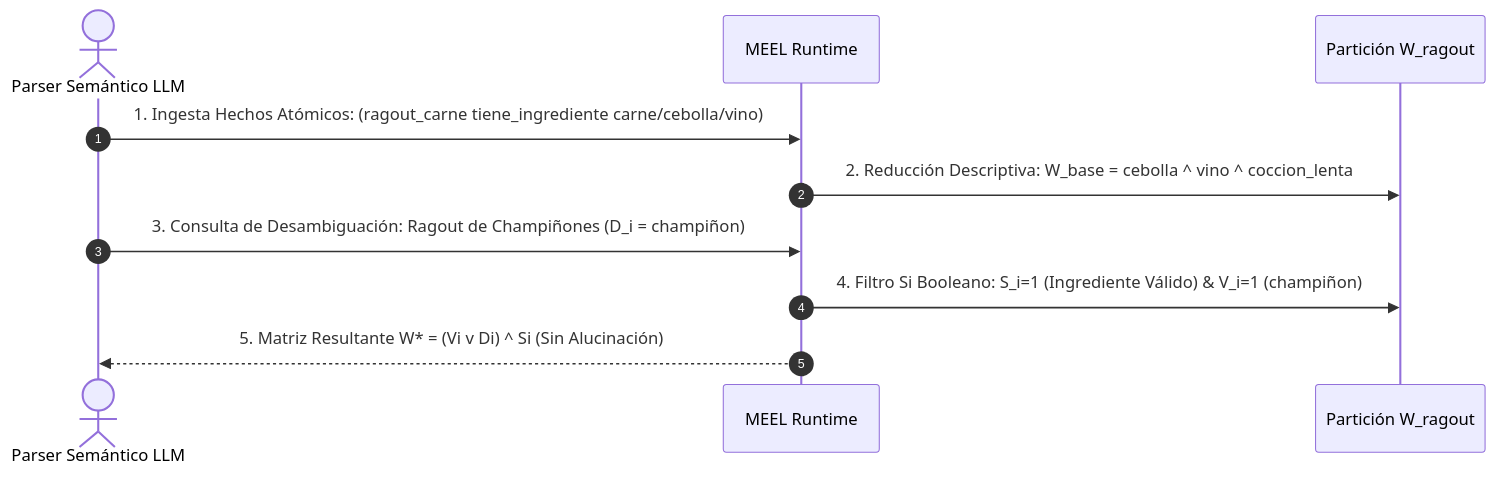
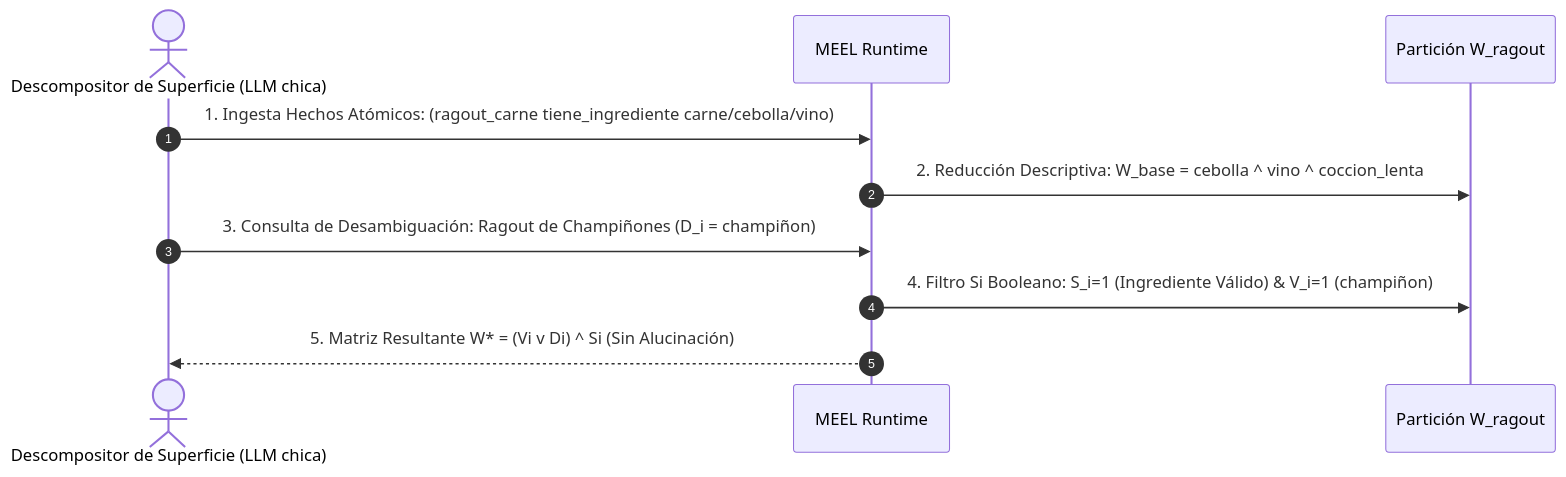
Before and after one commit to jpcosec/matrix-paper: the diagram in TractatusKnowledgeMachine/atoms/Aplicaciones/Dominio_Culinario/Demostracion_Dominio_Culinario_Ragout.md, drawn with Mermaid. The commit also changed other lines of this file and 9 other files, not shown here.

Commit message:
fix(atoms): alinea 10 atomos al pipeline corregido por autor - 4 etapas (descomposicion forma estandar con LLM chica -> candidatos -> sense check 2 pasos: indexacion contexto + contradiccion -> computo); OWL = representacion estandarizada, no fuente paralela; grounding plegado en etapa 1

````diff
--- a/TractatusKnowledgeMachine/atoms/Aplicaciones/Dominio_Culinario/Demostracion_Dominio_Culinario_Ragout.md
+++ b/TractatusKnowledgeMachine/atoms/Aplicaciones/Dominio_Culinario/Demostracion_Dominio_Culinario_Ragout.md
@@ -34,13 +34,13 @@
 ```mermaid
 sequenceDiagram
     autonumber
-    actor LLM as Parser Semántico LLM
+    actor LLM as Descompositor de Superficie (LLM chica)
     participant Engine as MEEL Runtime
     participant World as Partición W_ragout
 
     LLM->>Engine: 1. Ingesta Hechos Atómicos: (ragout_carne tiene_ingrediente carne/cebolla/vino)
     Engine->>World: 2. Reducción Descriptiva: W_base = cebolla ^ vino ^ coccion_lenta
     LLM->>Engine: 3. Consulta de Desambiguación: Ragout de Champiñones (D_i = champiñon)
     Engine->>World: 4. Filtro Si Booleano: S_i=1 (Ingrediente Válido) & V_i=1 (champiñon)
     Engine-->>LLM: 5. Matriz Resultante W* = (Vi v Di) ^ Si (Sin Alucinación)
 ```
````
